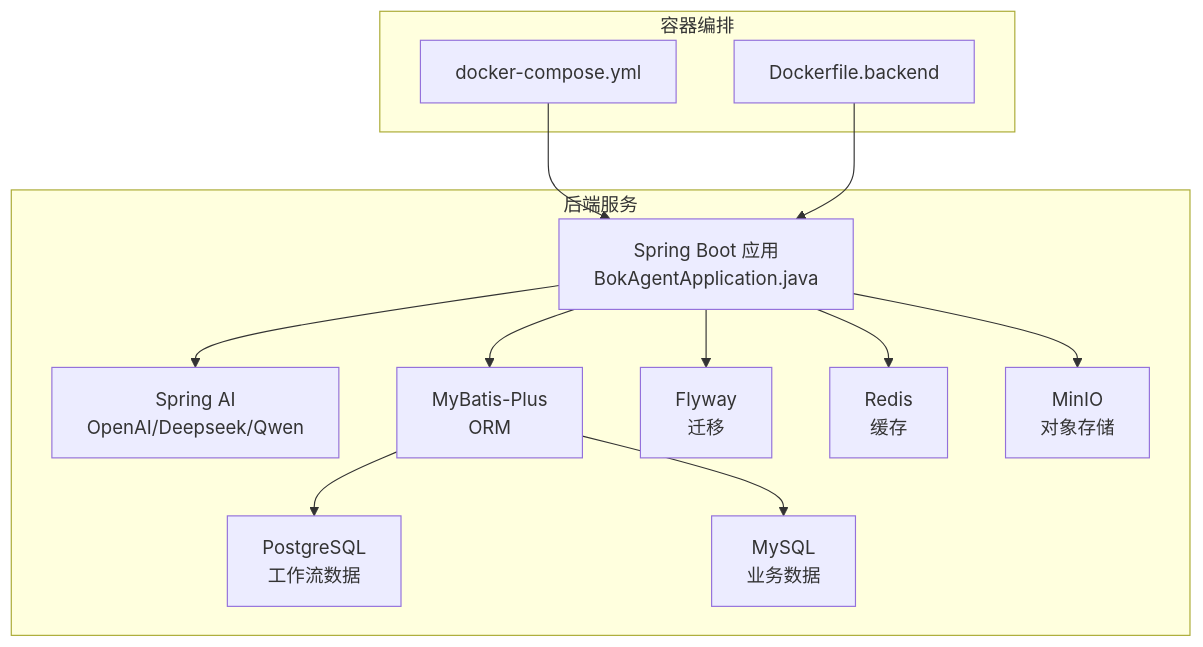
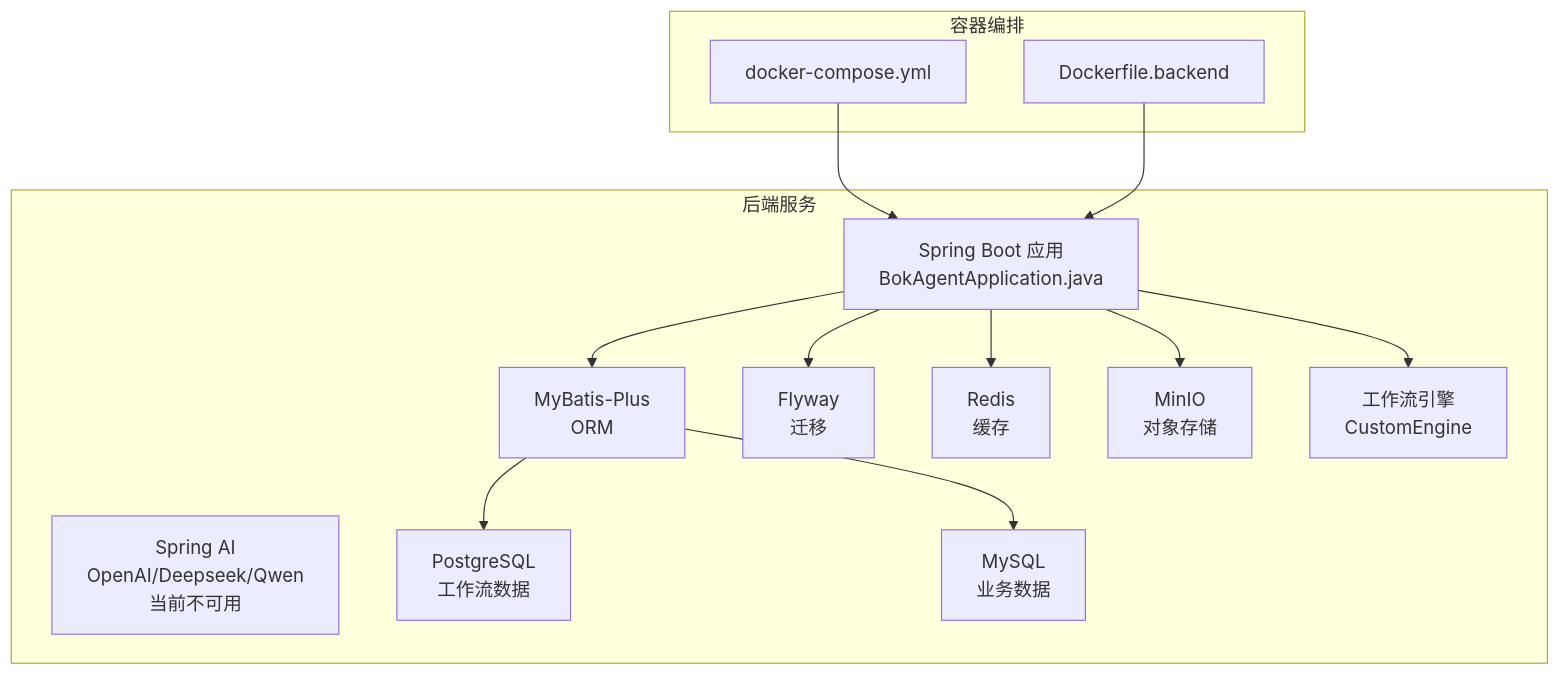
Before and after one commit to cxz64323/bokagent: the second of 5 diagrams in .qoder/repowiki/zh/content/后端系统/依赖管理.md, drawn with Mermaid. The commit also changed other lines of this file and 6 other files, not shown here.

````diff
--- a/.qoder/repowiki/zh/content/后端系统/依赖管理.md
+++ b/.qoder/repowiki/zh/content/后端系统/依赖管理.md
@@ -91,26 +97,27 @@
 ```mermaid
 graph TB
 subgraph "后端服务"
 SBA["Spring Boot 应用<br/>BokAgentApplication.java"]
-SAI["Spring AI<br/>OpenAI/Deepseek/Qwen"]
+SAI["Spring AI<br/>OpenAI/Deepseek/Qwen<br/>当前不可用"]
 MB["MyBatis-Plus<br/>ORM"]
 FW["Flyway<br/>迁移"]
 RDS["Redis<br/>缓存"]
 DB1["PostgreSQL<br/>工作流数据"]
 DB2["MySQL<br/>业务数据"]
 OOS["MinIO<br/>对象存储"]
+END["工作流引擎<br/>CustomEngine"]
 end
 subgraph "容器编排"
 DC["docker-compose.yml"]
 DF["Dockerfile.backend"]
 end
-SBA --> SAI
 SBA --> MB
 SBA --> FW
 SBA --> RDS
 MB --> DB1
 MB --> DB2
 SBA --> OOS
+SBA --> END
 DC --> SBA
 DF --> SBA
 ```
````
